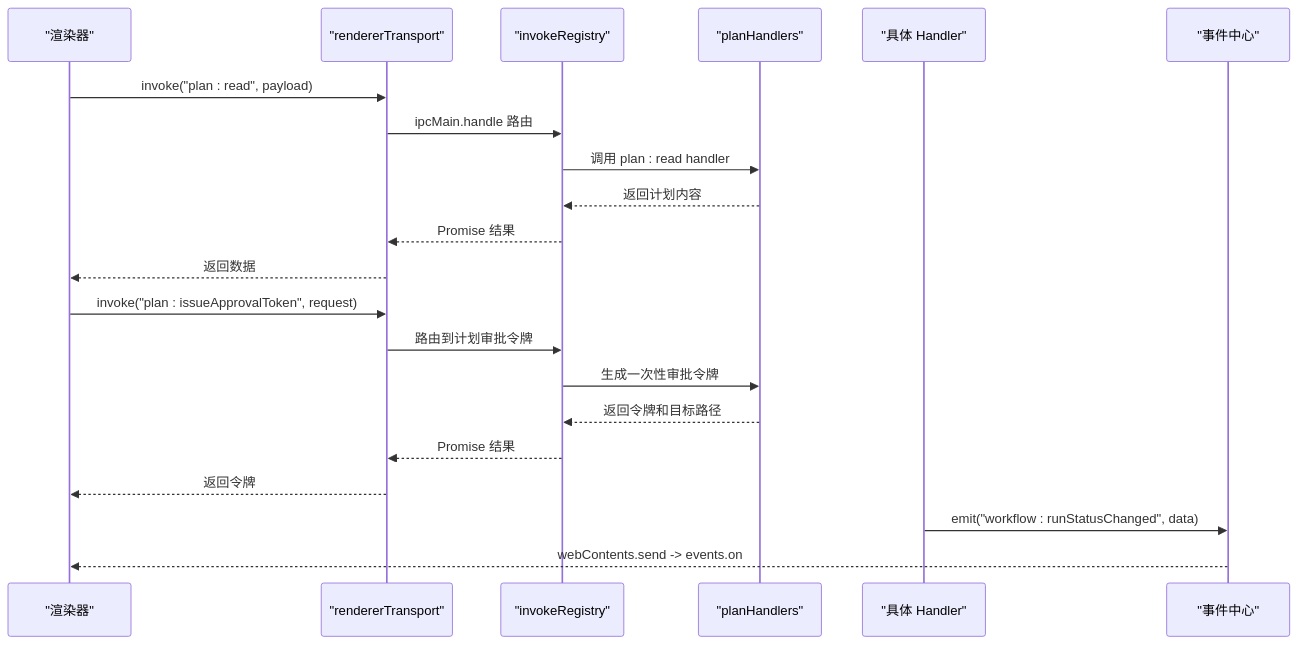
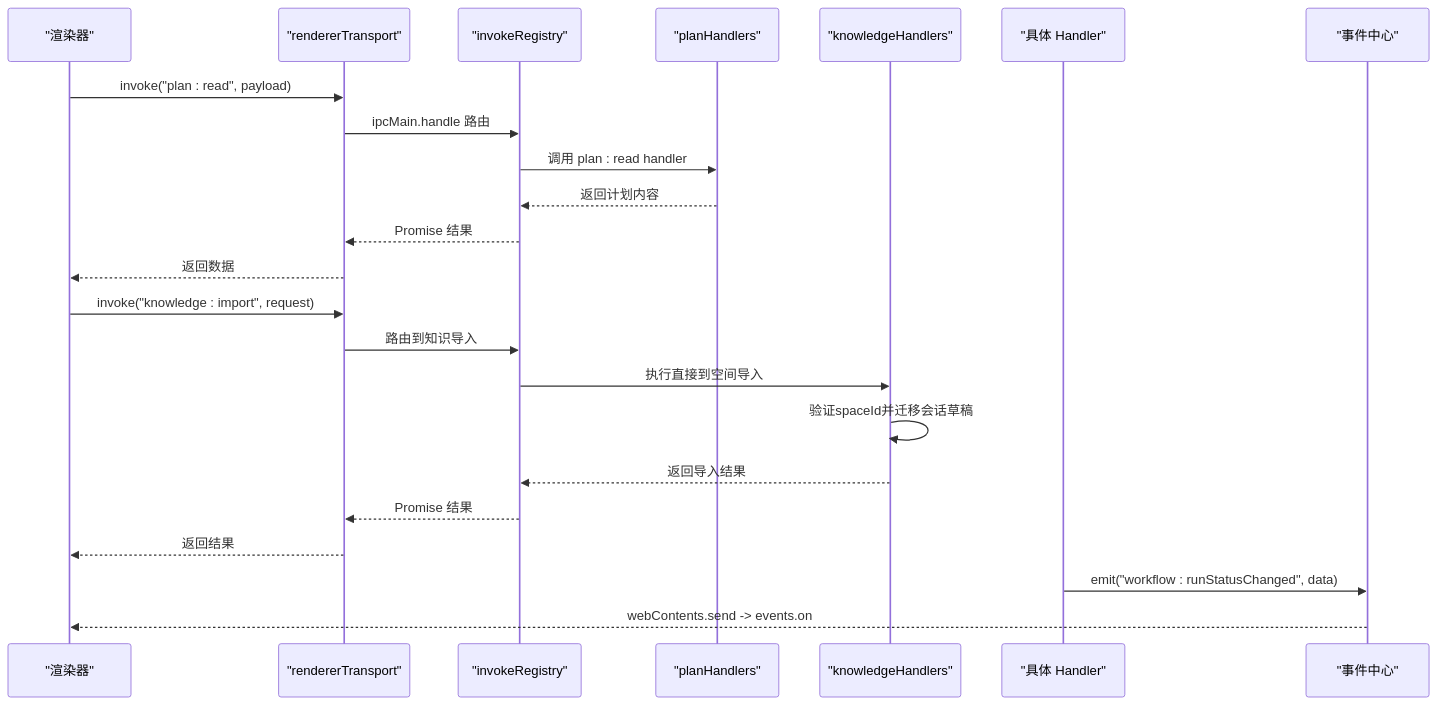
Before and after one commit to haolange/RDC-Agent: the fifth of 9 diagrams in .qoder/repowiki/zh/content/架构设计/渲染器架构/IPC 通信.md, drawn with Mermaid. The commit also changed other lines of this file and 6 other files, not shown here.

````diff
--- a/.qoder/repowiki/zh/content/架构设计/渲染器架构/IPC 通信.md
+++ b/.qoder/repowiki/zh/content/架构设计/渲染器架构/IPC 通信.md
@@ -236,23 +250,25 @@
 ```mermaid
 sequenceDiagram
 participant R as "渲染器"
 participant T as "rendererTransport"
 participant M as "invokeRegistry"
 participant P as "planHandlers"
+participant K as "knowledgeHandlers"
 participant H as "具体 Handler"
 participant E as "事件中心"
 R->>T : invoke("plan : read", payload)
 T->>M : ipcMain.handle 路由
 M->>P : 调用 plan : read handler
 P-->>M : 返回计划内容
 M-->>T : Promise 结果
 T-->>R : 返回数据
-R->>T : invoke("plan : issueApprovalToken", request)
-T->>M : 路由到计划审批令牌
-M->>P : 生成一次性审批令牌
-P-->>M : 返回令牌和目标路径
+R->>T : invoke("knowledge : import", request)
+T->>M : 路由到知识导入
+M->>K : 执行直接到空间导入
+K->>K : 验证spaceId并迁移会话草稿
+K-->>M : 返回导入结果
 M-->>T : Promise 结果
-T-->>R : 返回令牌
+T-->>R : 返回结果
 H->>E : emit("workflow : runStatusChanged", data)
 E-->>R : webContents.send -> events.on
 ```
````
